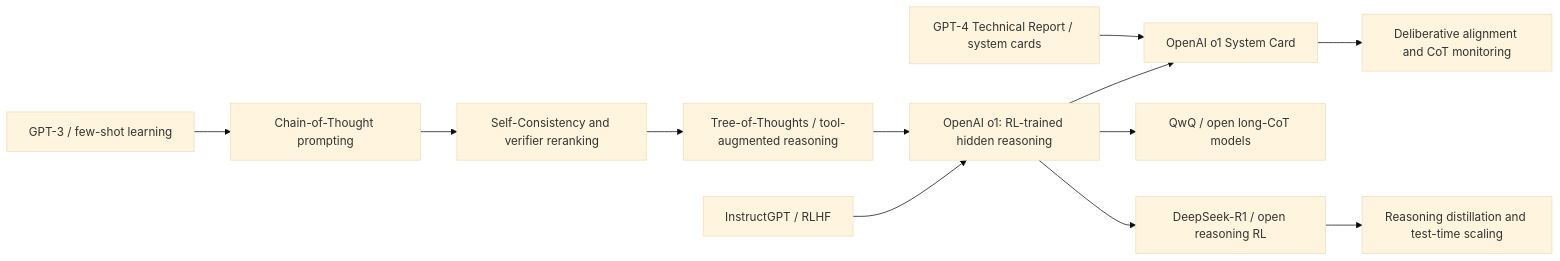
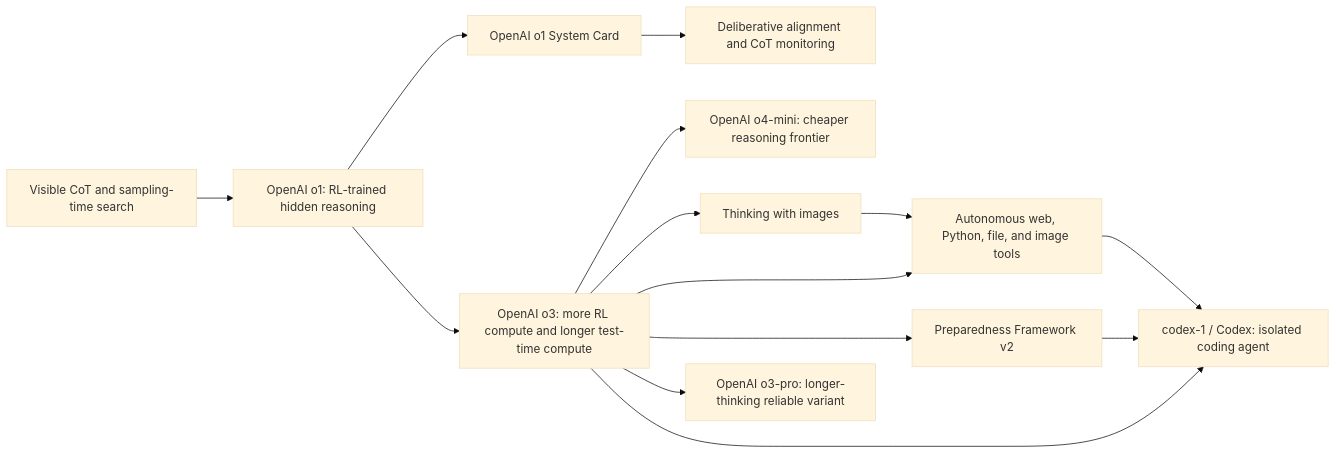
Before and after one commit to zhaoyang97/awesome-papers: the diagram in docs_en/era5_genai_explosion/2024_o1.md, drawn with Mermaid (base theme). The commit also changed other lines of this file and 54 other files, not shown here.

````diff
--- a/docs_en/era5_genai_explosion/2024_o1.md
+++ b/docs_en/era5_genai_explosion/2024_o1.md
@@ -377,14 +277,16 @@
 ```mermaid
 graph LR
-    A[GPT-3 / few-shot learning] --> B[Chain-of-Thought prompting]
-    B --> C[Self-Consistency and verifier reranking]
-    C --> D[Tree-of-Thoughts / tool-augmented reasoning]
-    D --> E[OpenAI o1: RL-trained hidden reasoning]
-    F[InstructGPT / RLHF] --> E
-    G[GPT-4 Technical Report / system cards] --> H[OpenAI o1 System Card]
-    E --> H
-    E --> I[QwQ / open long-CoT models]
-    E --> J[DeepSeek-R1 / open reasoning RL]
-    H --> K[Deliberative alignment and CoT monitoring]
-    J --> L[Reasoning distillation and test-time scaling]
+    A[Visible CoT and sampling-time search] --> B[OpenAI o1: RL-trained hidden reasoning]
+    B --> C[OpenAI o1 System Card]
+    B --> D[OpenAI o3: more RL compute and longer test-time compute]
+    D --> E[OpenAI o4-mini: cheaper reasoning frontier]
+    D --> F[Thinking with images]
+    D --> G[Autonomous web, Python, file, and image tools]
+    C --> H[Deliberative alignment and CoT monitoring]
+    D --> I[Preparedness Framework v2]
+    D --> J[OpenAI o3-pro: longer-thinking reliable variant]
+    D --> K[codex-1 / Codex: isolated coding agent]
+    G --> K
+    F --> G
+    I --> K
 ```
````
